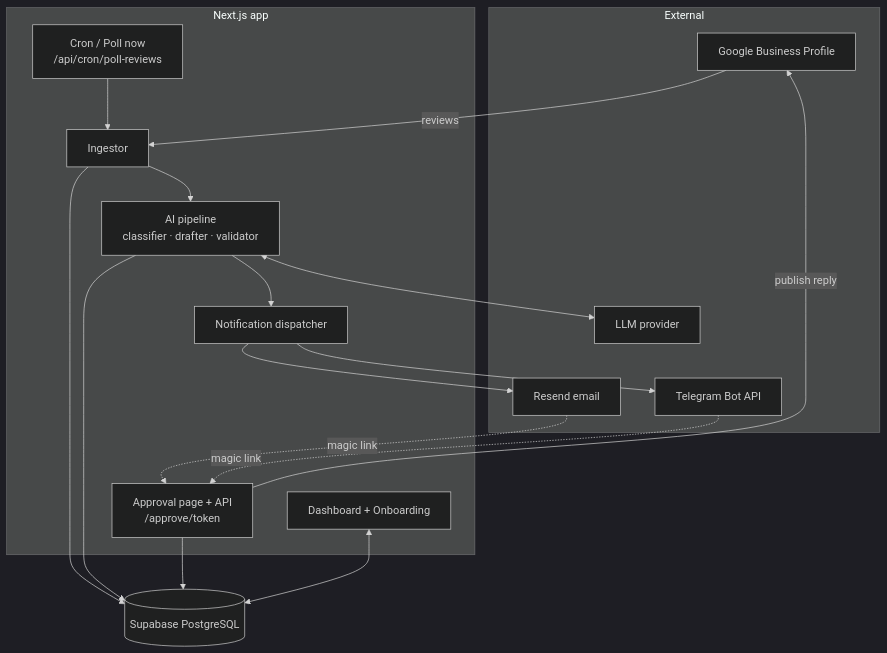
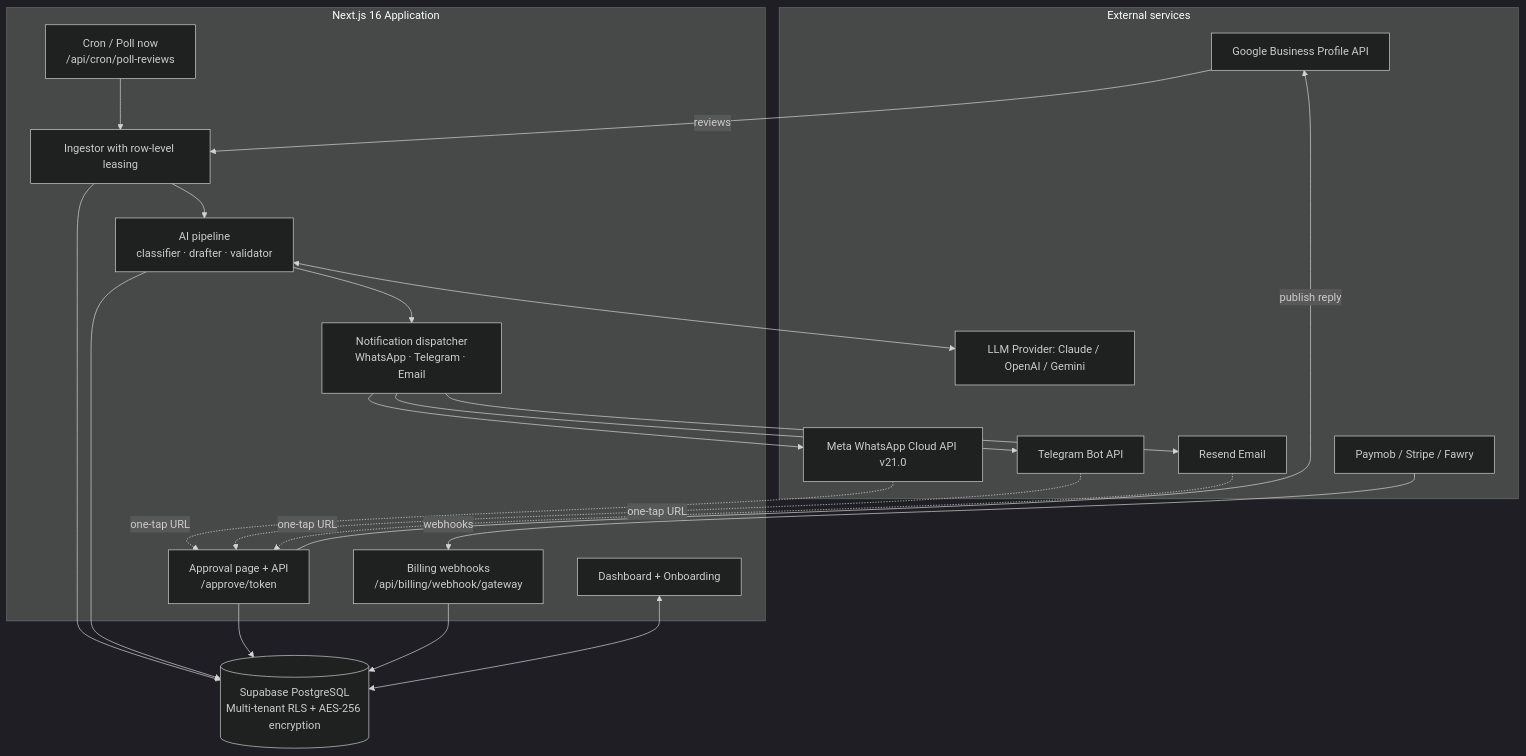
Before and after one commit to mo74x/radd: the third of 5 diagrams in README.md, drawn with Mermaid (dark theme). The commit also changed other lines of this file and 3 other files, not shown here.

````diff
--- a/README.md
+++ b/README.md
@@ -196,35 +266,42 @@
 ```mermaid
 flowchart TB
-    subgraph External
-        G[Google Business Profile]
-        R[Resend email]
+    subgraph External[External services]
+        G[Google Business Profile API]
+        W[Meta WhatsApp Cloud API v21.0]
+        R[Resend Email]
         T[Telegram Bot API]
-        L[LLM provider]
+        P[Paymob / Stripe / Fawry]
+        L[LLM Provider: Claude / OpenAI / Gemini]
     end
 
-    subgraph App[Next.js app]
+    subgraph App[Next.js 16 Application]
         C[Cron / Poll now<br/>/api/cron/poll-reviews]
-        I[Ingestor]
-        P[AI pipeline<br/>classifier · drafter · validator]
-        N[Notification dispatcher]
+        I[Ingestor with row-level leasing]
+        B[Billing webhooks<br/>/api/billing/webhook/gateway]
+        AI[AI pipeline<br/>classifier · drafter · validator]
+        N[Notification dispatcher<br/>WhatsApp · Telegram · Email]
         A[Approval page + API<br/>/approve/token]
         D[Dashboard + Onboarding]
     end
 
-    DB[(Supabase PostgreSQL)]
+    DB[(Supabase PostgreSQL<br/>Multi-tenant RLS + AES-256 encryption)]
 
     C --> I
     G -- reviews --> I
     I --> DB
-    I --> P
-    P <--> L
-    P --> DB
-    P --> N
+    I --> AI
+    AI <--> L
+    AI --> DB
+    AI --> N
+    N --> W
+    N --> T
     N --> R
-    N --> T
-    R -. magic link .-> A
-    T -. magic link .-> A
+    W -. one-tap URL .-> A
+    T -. one-tap URL .-> A
+    R -. one-tap URL .-> A
     A --> DB
     A -- publish reply --> G
+    P -- webhooks --> B
+    B --> DB
     D <--> DB
 ```
````
